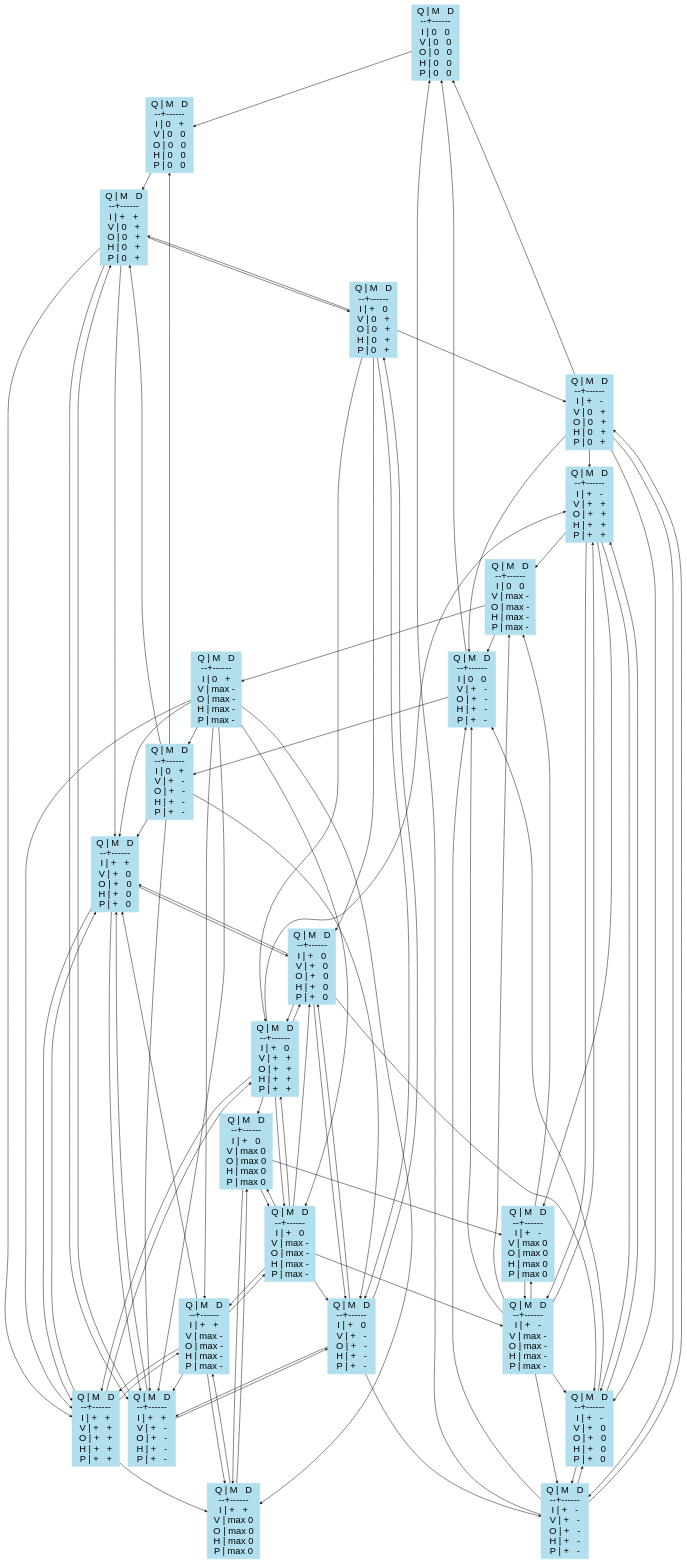
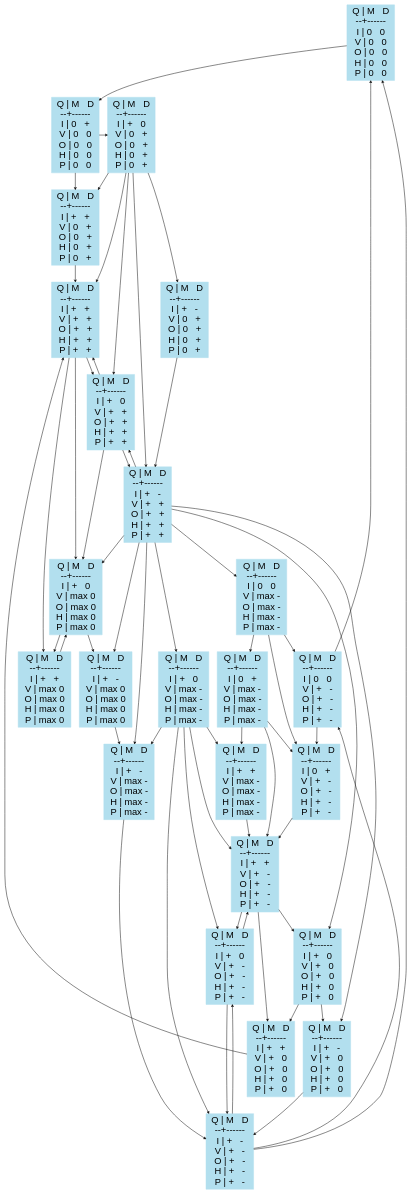
Before and after one commit to OscarLigthart/Knowledge-Representation: the diagram in Assignment2/stategraph.gv, drawn with Graphviz. The commit also changed 3 other files, not shown here.

Commit message:
Finished creating State-graph

```diff
--- a/Assignment2/stategraph.gv
+++ b/Assignment2/stategraph.gv
@@ -193,94 +193,60 @@
 H | max 0
 P | max 0
 "]
-	U -> O
-	D -> Q
+	E -> D
+	L -> S
+	L -> E
+	C -> A
+	F -> D
+	L -> V
+	D -> P
+	O -> V
+	P -> N
+	R -> V
+	F -> P
+	U -> W
+	N -> Q
+	U -> J
+	G -> L
+	H -> I
+	U -> P
+	U -> S
+	M -> J
+	H -> O
+	K -> J
+	R -> X
+	L -> U
+	Q -> R
+	H -> L
+	X -> V
+	R -> O
+	T -> S
+	M -> P
+	U -> M
+	H -> R
+	L -> T
+	V -> T
+	P -> Q
+	O -> L
+	W -> P
+	O -> R
+	P -> M
+	S -> J
+	C -> D
+	N -> K
+	V -> X
+	B -> I
+	E -> F
+	F -> W
 	J -> A
-	G -> C
-	O -> U
-	S -> E
-	L -> S
-	J -> G
-	D -> B
-	O -> V
-	G -> K
-	H -> O
-	U -> W
-	M -> J
-	H -> M
-	D -> P
-	F -> U
-	O -> N
-	V -> U
-	R -> X
+	L -> K
+	L -> O
+	J -> C
+	J -> M
+	L -> N
+	I -> R
+	E -> C
+	H -> G
 	A -> B
-	L -> K
-	N -> Q
-	I -> Q
-	D -> I
-	T -> S
-	N -> O
-	W -> U
-	V -> T
-	L -> T
-	I -> P
-	P -> I
-	C -> A
-	F -> W
-	V -> X
-	H -> I
-	S -> K
-	K -> L
-	R -> Q
-	N -> M
-	G -> A
-	J -> C
-	Q -> R
-	G -> J
-	K -> J
-	W -> P
-	F -> R
-	U -> S
-	X -> W
-	U -> M
-	G -> L
-	O -> L
-	W -> R
-	S -> T
-	K -> C
-	N -> K
-	I -> R
-	P -> Q
-	U -> N
-	Q -> N
-	S -> L
-	F -> D
-	E -> F
-	U -> V
-	H -> G
-	I -> H
-	S -> J
-	H -> N
-	O -> R
-	E -> C
-	B -> I
-	J -> K
-	S -> C
-	W -> X
-	M -> P
-	F -> X
-	M -> N
-	F -> Q
-	M -> H
-	T -> E
-	F -> P
-	C -> D
-	Q -> P
-	R -> W
-	P -> M
-	X -> V
-	W -> Q
-	D -> M
-	R -> O
-	L -> E
+	B -> H [constraint=false]
 }
```
